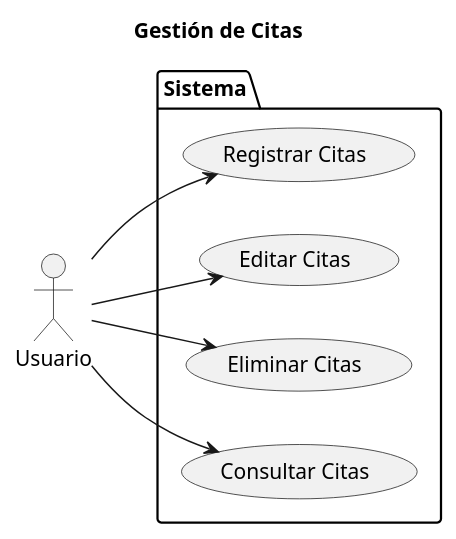
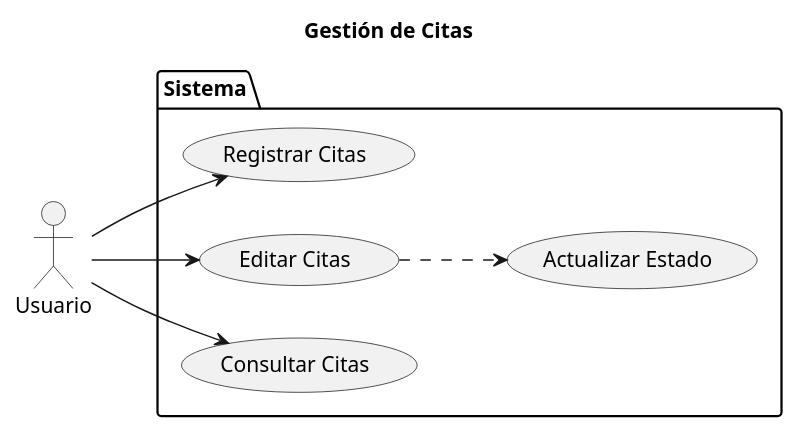
One commit to marcelolezcanodev/GarageGuru changed the diagram in Diagramas/caso_uso_Citas.plantuml. Above: the diagram before and after it, drawn with PlantUML. The commit also changed 6 other files, not shown here.

```diff
--- a/Diagramas/caso_uso_Citas.plantuml
+++ b/Diagramas/caso_uso_Citas.plantuml
@@ -1,23 +1,23 @@
 @startuml usuario
 
 left to right direction
 
 title Gestión de Citas
 
 actor Usuario as User
 
 package Sistema {
 
     USECASE "Registrar Citas" as UC_Registrar
     USECASE "Editar Citas" as UC_Editar
-    USECASE "Eliminar Citas" as UC_Eliminar
     USECASE "Consultar Citas" as UC_Consultar
+    USECASE "Actualizar Estado" as USE_Actualizar
 
+    UC_Editar ..> USE_Actualizar
 }
 
 User --> UC_Registrar
 User --> UC_Editar
-User --> UC_Eliminar
 User --> UC_Consultar
 
 @enduml
```
